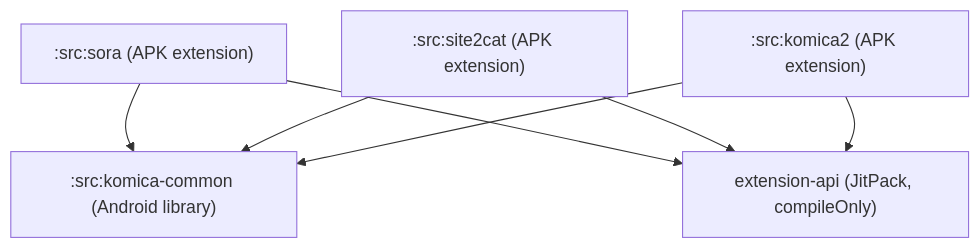
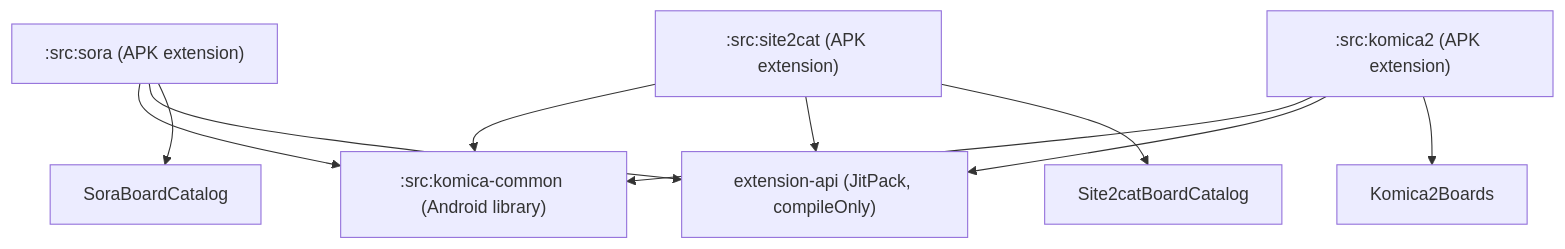
The diagram in src/komica-common/README.md (komicaviewer/extensions-source), drawn with Mermaid before and after one commit. The commit also changed other lines of this file and 26 other files, not shown here.

First line of the commit message:
refactor(komica): move board catalogs into extensions

````diff
--- a/src/komica-common/README.md
+++ b/src/komica-common/README.md
@@ -23,15 +34,21 @@
 ```mermaid
 graph TD
     extension-api["extension-api (JitPack, compileOnly)"]
     komica-common[":src:komica-common (Android library)"]
     sora[":src:sora (APK extension)"]
     site2cat[":src:site2cat (APK extension)"]
     komica2[":src:komica2 (APK extension)"]
+    soraBoards["SoraBoardCatalog"]
+    site2catBoards["Site2catBoardCatalog"]
+    komica2Boards["Komica2Boards"]
 
     sora --> komica-common
     site2cat --> komica-common
     komica2 --> komica-common
     sora --> extension-api
     site2cat --> extension-api
     komica2 --> extension-api
+    sora --> soraBoards
+    site2cat --> site2catBoards
+    komica2 --> komica2Boards
 ```
````
